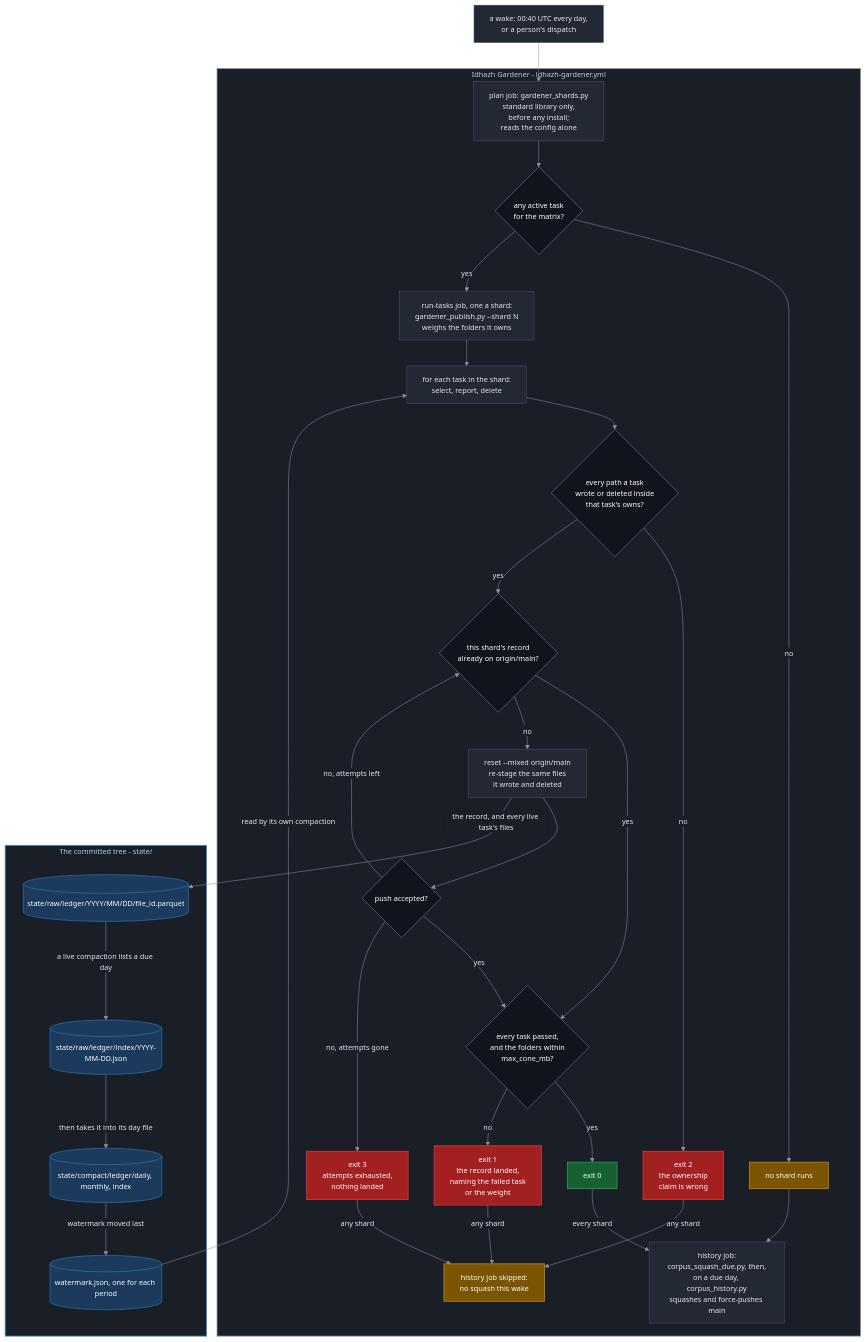
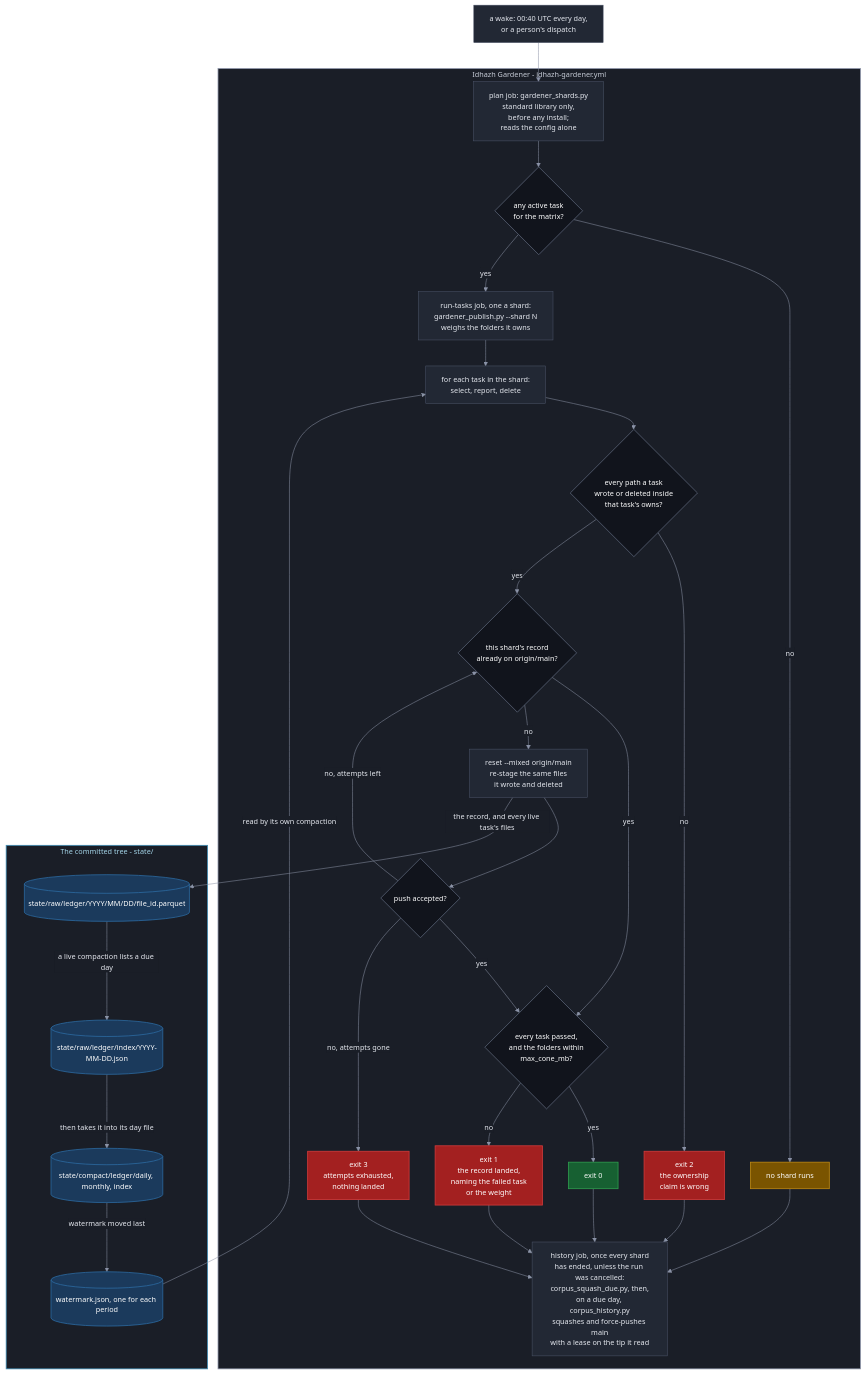
Before and after one commit to miztiik/yen-idhazh: the first of 2 diagrams in docs/architecture/publishing/idhazh-gardener.md, drawn with Mermaid. The commit also changed other lines of this file and 13 other files, not shown here.

First line of the commit message:
The corpus squash runs unless the run was cancelled, and its push takes a lease and retries

````diff
--- a/docs/architecture/publishing/idhazh-gardener.md
+++ b/docs/architecture/publishing/idhazh-gardener.md
@@ -94,76 +94,75 @@
 ```mermaid
 %%{init: {"theme": "base", "themeVariables": {"background": "#0f1117", "primaryColor": "#222834", "primaryTextColor": "#e6e9f0", "primaryBorderColor": "#4b5468", "lineColor": "#8b93a7", "textColor": "#e6e9f0", "clusterBkg": "#1a1e27", "clusterBorder": "#3a4254", "titleColor": "#e6e9f0", "edgeLabelBackground": "#1a1e27", "fontSize": "14px"}}}%%
 flowchart TB
   WAKE["a wake: 00:40 UTC every day,<br/>or a person's dispatch"]
 
   subgraph OPS["Idhazh Gardener - idhazh-gardener.yml"]
     PLAN["plan job: gardener_shards.py<br/>standard library only,<br/>before any install;<br/>reads the config alone"]
     ANY{"any active task<br/>for the matrix?"}
     IDLE["no shard runs"]
     TEND["run-tasks job, one a shard:<br/>gardener_publish.py --shard N<br/>weighs the folders it owns"]
     RUN["for each task in the shard:<br/>select, report, delete"]
     OWNED{"every path a task<br/>wrote or deleted inside<br/>that task's owns?"}
     OUTSIDE["exit 2<br/>the ownership<br/>claim is wrong"]
     LANDED{"this shard's record<br/>already on origin/main?"}
     REAPPLY["reset --mixed origin/main<br/>re-stage the same files<br/>it wrote and deleted"]
     PUSHED{"push accepted?"}
     CLEAN{"every task passed,<br/>and the folders within<br/>max_cone_mb?"}
     OK["exit 0"]
     ALARM["exit 1<br/>the record landed,<br/>naming the failed task<br/>or the weight"]
     LOST["exit 3<br/>attempts exhausted,<br/>nothing landed"]
-    SKIP["history job skipped:<br/>no squash this wake"]
-    HIST["history job:<br/>corpus_squash_due.py, then,<br/>on a due day, corpus_history.py<br/>squashes and force-pushes main"]
+    HIST["history job, once every shard<br/>has ended, unless the run was cancelled:<br/>corpus_squash_due.py, then,<br/>on a due day, corpus_history.py<br/>squashes and force-pushes main<br/>with a lease on the tip it read"]
   end
 
   subgraph TREE["The committed tree - state/"]
     RAW[("state/raw/ledger/YYYY/MM/DD/file_id.parquet")]
     RIDX[("state/raw/ledger/index/YYYY-MM-DD.json")]
     COMPACT[("state/compact/ledger/daily, monthly, index")]
     WM[("watermark.json, one for each period")]
   end
 
   WAKE --> PLAN
   PLAN --> ANY
   ANY -->|"no"| IDLE
   ANY -->|"yes"| TEND
   TEND --> RUN
   RUN --> OWNED
   OWNED -->|"no"| OUTSIDE
   OWNED -->|"yes"| LANDED
   LANDED -->|"yes"| CLEAN
   LANDED -->|"no"| REAPPLY
   REAPPLY --> PUSHED
   PUSHED -->|"yes"| CLEAN
   PUSHED -->|"no, attempts left"| LANDED
   PUSHED -->|"no, attempts gone"| LOST
   CLEAN -->|"yes"| OK
   CLEAN -->|"no"| ALARM
-  OK -->|"every shard"| HIST
+  OK --> HIST
+  ALARM --> HIST
+  OUTSIDE --> HIST
+  LOST --> HIST
   IDLE --> HIST
-  ALARM -->|"any shard"| SKIP
-  OUTSIDE -->|"any shard"| SKIP
-  LOST -->|"any shard"| SKIP
   REAPPLY -->|"the record, and every live task's files"| RAW
   RAW -->|"a live compaction lists a due day"| RIDX
   RIDX -->|"then takes it into its day file"| COMPACT
   COMPACT -->|"watermark moved last"| WM
   WM -->|"read by its own compaction"| RUN
 
   classDef stage fill:#222834,stroke:#4b5468,stroke-width:1px,color:#e6e9f0;
   classDef decision fill:#11141c,stroke:#5b6477,stroke-width:1.5px,color:#ffffff;
   classDef yes fill:#176032,stroke:#2ea04f,stroke-width:1.5px,color:#ffffff;
   classDef no fill:#a32020,stroke:#d23b3b,stroke-width:1.5px,color:#ffffff;
   classDef warn fill:#7a5400,stroke:#c08a12,stroke-width:1.5px,color:#ffffff;
   classDef ledger fill:#1b3a5c,stroke:#2d6ca3,stroke-width:1.5px,color:#ffffff;
   classDef sysOps fill:#1a1e27,stroke:#8b93a7,stroke-width:1.5px,color:#c8cdd8;
   classDef sysPublish fill:#1a1e27,stroke:#3f8fb8,stroke-width:1.5px,color:#a5d6ea;
 
   class WAKE,PLAN,TEND,RUN,REAPPLY,HIST stage;
   class ANY,OWNED,LANDED,PUSHED,CLEAN decision;
   class OK yes;
   class OUTSIDE,LOST,ALARM no;
-  class IDLE,SKIP warn;
+  class IDLE warn;
   class RAW,RIDX,COMPACT,WM ledger;
   class OPS sysOps;
   class TREE sysPublish;
 ```
````
